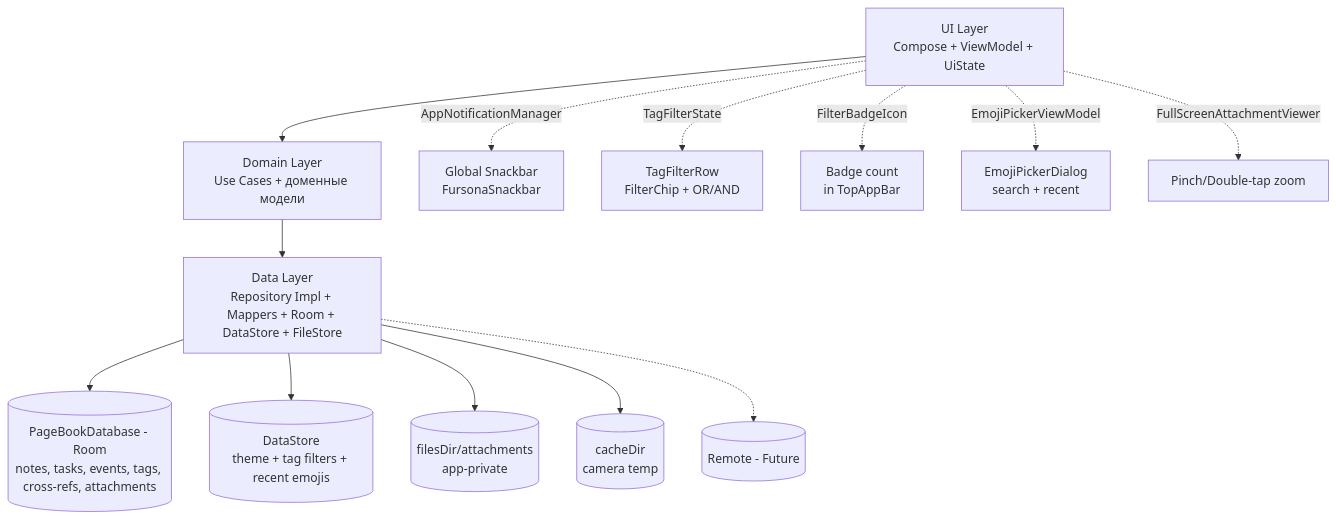
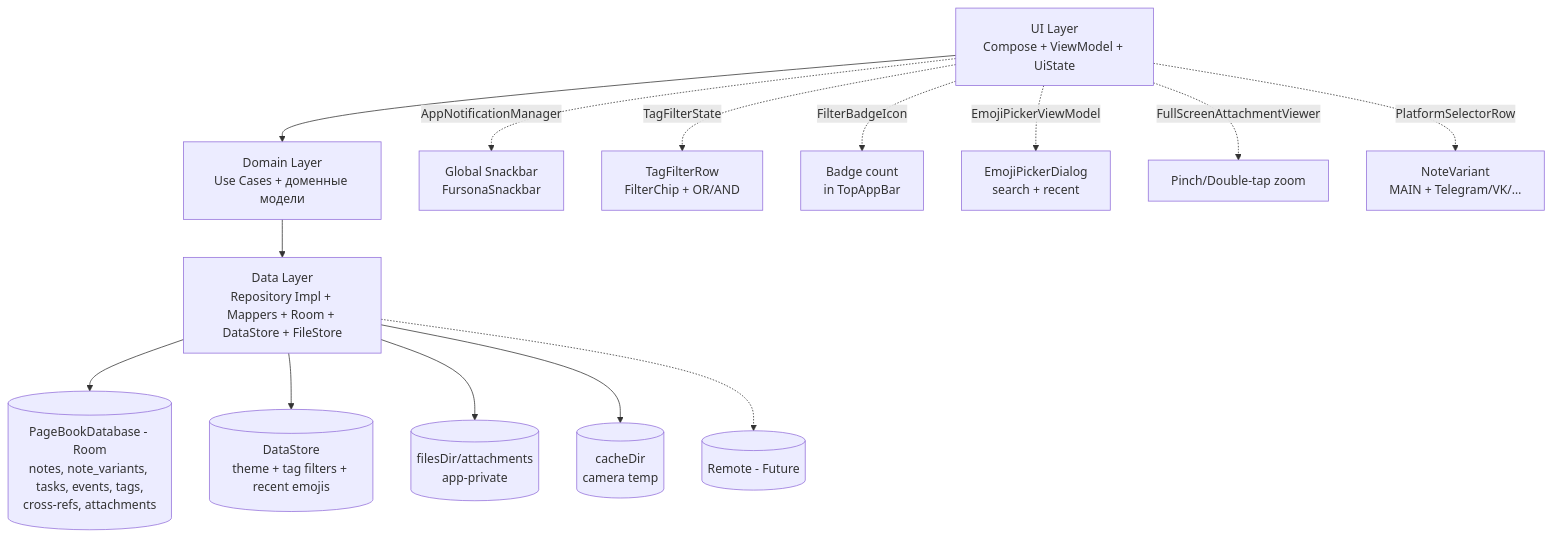
One commit to MaxGog/pagebook-android changed the diagram in README.md. Above: the diagram before and after it, drawn with Mermaid. The commit also changed other lines of this file and 21 other files, not shown here.

````diff
--- a/README.md
+++ b/README.md
@@ -131,16 +164,17 @@
 ```mermaid
 graph TD
    A[UI Layer<br/>Compose + ViewModel + UiState] --> B[Domain Layer<br/>Use Cases + доменные модели]
    B --> C[Data Layer<br/>Repository Impl + Mappers + Room + DataStore + FileStore]
-   C --> D[(PageBookDatabase - Room<br/>notes, tasks, events, tags, cross-refs, attachments)]
+   C --> D[(PageBookDatabase - Room<br/>notes, note_variants, tasks, events, tags,<br/>cross-refs, attachments)]
    C --> F[(DataStore<br/>theme + tag filters + recent emojis)]
    C --> G[(filesDir/attachments<br/>app-private)]
    C --> G2[(cacheDir<br/>camera temp)]
    
    A -.->|AppNotificationManager| H[Global Snackbar<br/>FursonaSnackbar]
    A -.->|TagFilterState| I[TagFilterRow<br/>FilterChip + OR/AND]
    A -.->|FilterBadgeIcon| J[Badge count<br/>in TopAppBar]
    A -.->|EmojiPickerViewModel| K[EmojiPickerDialog<br/>search + recent]
    A -.->|FullScreenAttachmentViewer| L[Pinch/Double-tap zoom]
+   A -.->|PlatformSelectorRow| M[NoteVariant<br/>MAIN + Telegram/VK/…]
    C -.-> E[(Remote - Future)]
 ```
````
